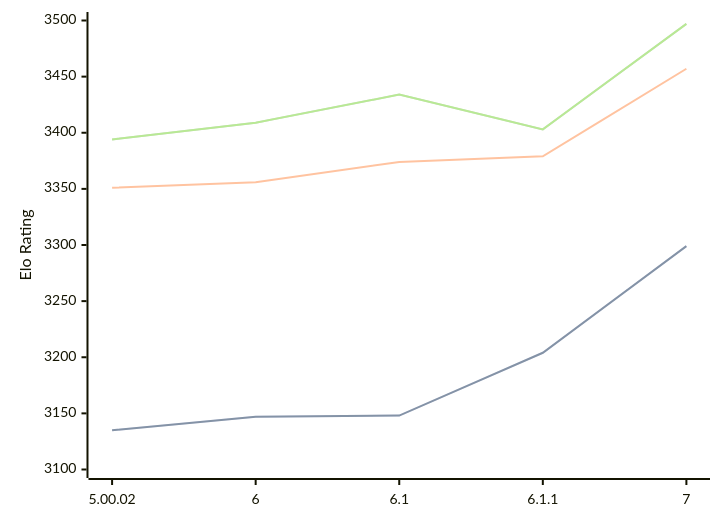
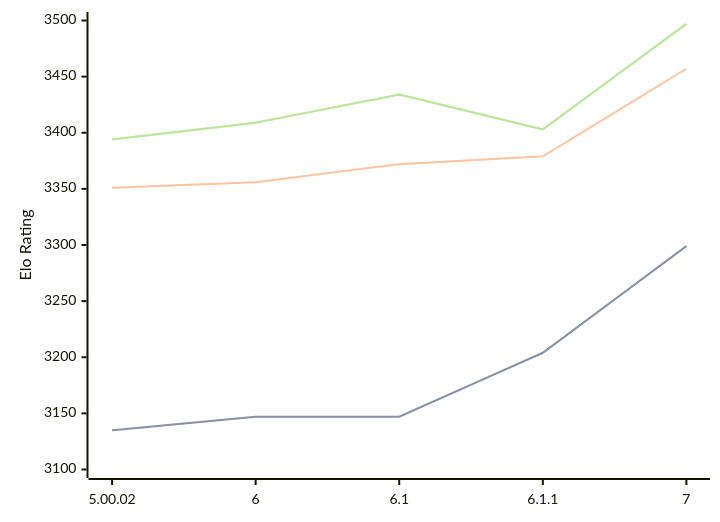
Before and after one commit to computer-chess-index/cci: the diagram in engines/Zangdar.md, drawn with Mermaid. The commit also changed other lines of this file, not shown here.

````diff
--- a/engines/Zangdar.md
+++ b/engines/Zangdar.md
@@ -35,11 +35,11 @@
 ```mermaid
 %%{init: {"theme":"base","themeVariables":{"seriesColors:['#a3a3a3','#222221','#faa371']}}}%%
 xychart-beta
   x-axis ["5.00.02", "6", "6.1", "6.1.1", "7"]
   y-axis "Elo Rating" 3100 --> 3500
-  line "" [3135, 3147, 3148, 3204, 3299]
-  line "STC (8.0+0.08s)" [3135, 3147, 3148, 3204, 3299]
-  line "LTC (60.0+0.60s)" [3351, 3356, 3374, 3379, 3457]
+  line "" [3135, 3147, 3147, 3204, 3299]
+  line "STC (8.0+0.08s)" [3135, 3147, 3147, 3204, 3299]
+  line "LTC (60.0+0.60s)" [3351, 3356, 3372, 3379, 3457]
   line "" [3394, 3409, 3434, 3403, 3497]
   line "VLTC (2m24s+1.12s)" [3394, 3409, 3434, 3403, 3497]
 ```
````
